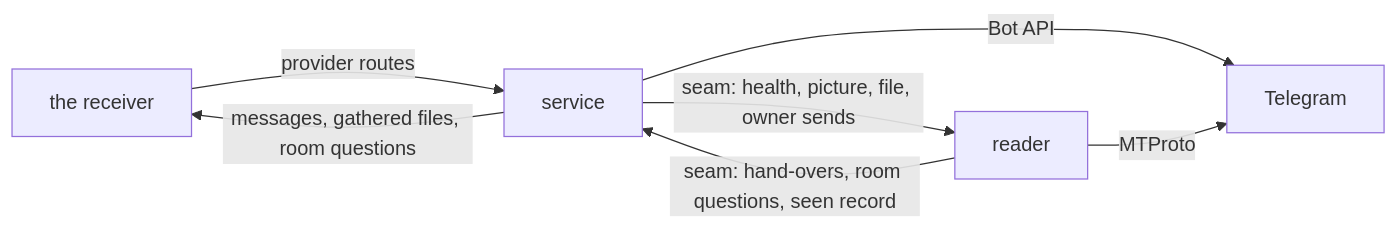
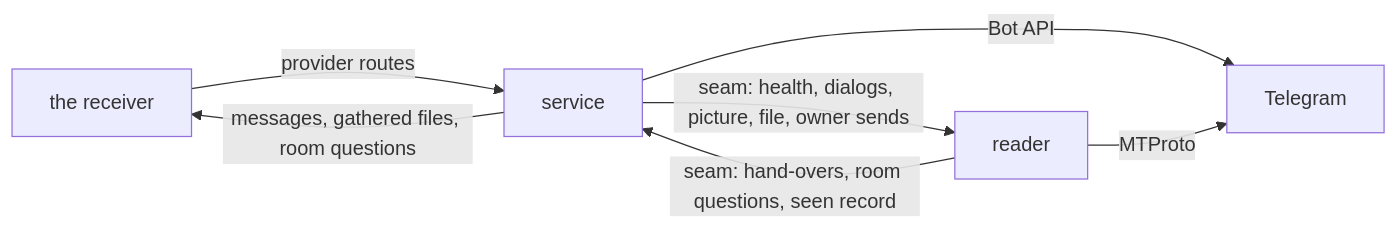
The diagram in docs/boundary-api.md (ahas/bmo-telegram), drawn with Mermaid before and after one commit. The commit also changed other lines of this file and 19 other files, not shown here.

````diff
--- a/docs/boundary-api.md
+++ b/docs/boundary-api.md
@@ -16,9 +16,9 @@
 ```mermaid
 flowchart LR
   Rx[the receiver] -->|provider routes| S[service]
   S -->|messages, gathered files, room questions| Rx
   S -->|Bot API| TG[Telegram]
-  S -->|seam: health, picture, file, owner sends| R[reader]
+  S -->|seam: health, dialogs, picture, file, owner sends| R[reader]
   R -->|seam: hand-overs, room questions, seen record| S
   R -->|MTProto| TG
 ```
````
